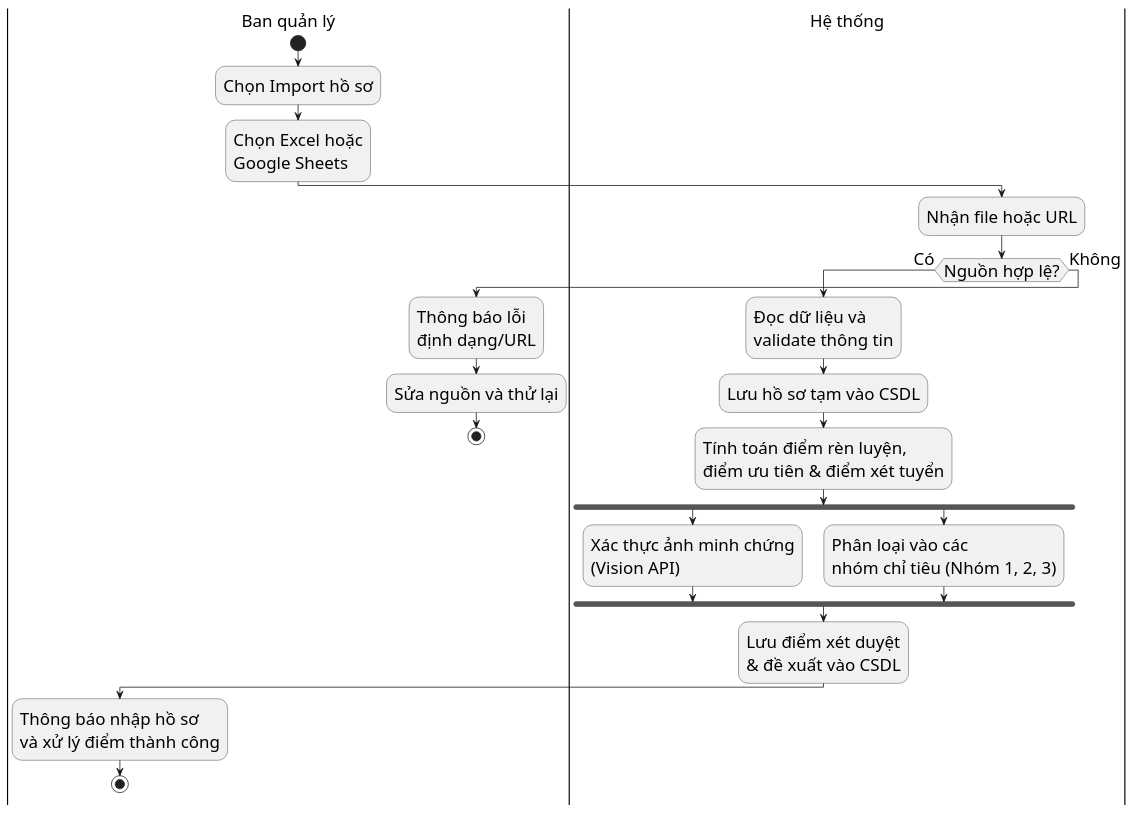
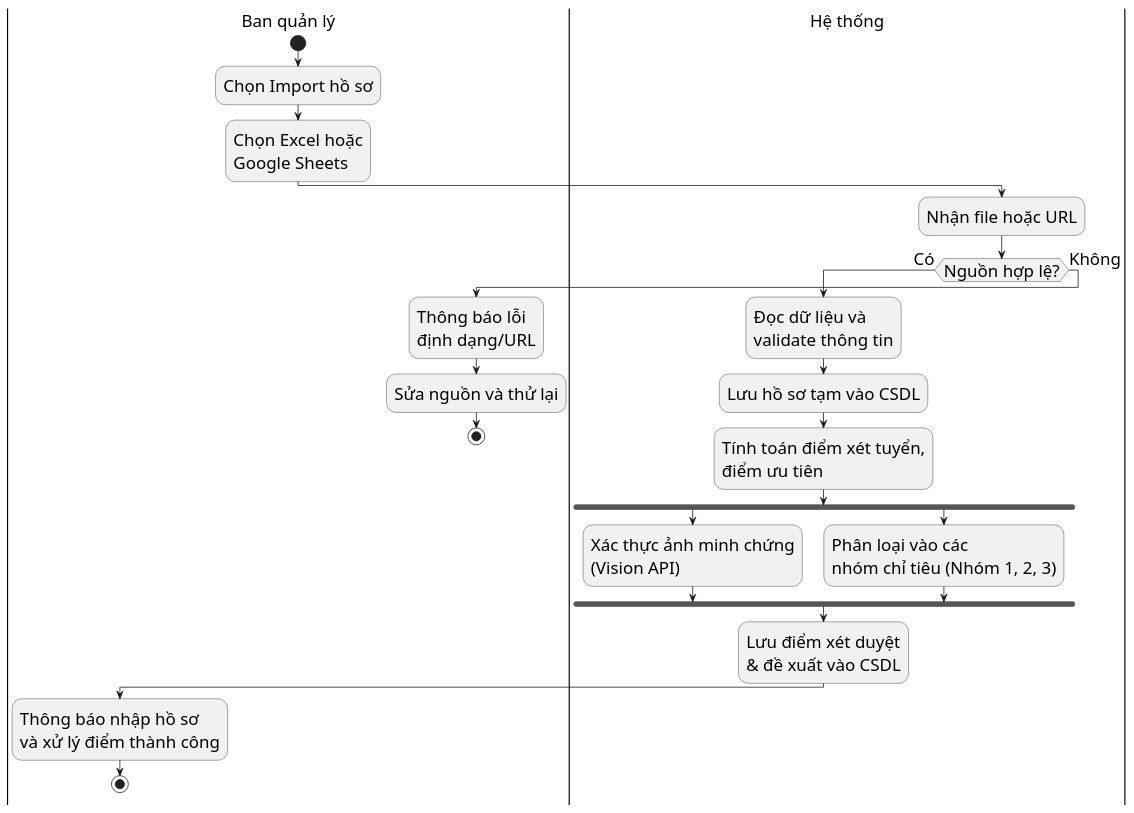
The diagram in diagrams/nhomhosodangky/registration_import_activity.puml (s0nbuildtech287/dormitory-frontend), drawn with PlantUML before and after one commit.

```diff
--- a/diagrams/nhomhosodangky/registration_import_activity.puml
+++ b/diagrams/nhomhosodangky/registration_import_activity.puml
@@ -1,29 +1,29 @@
 @startuml "Registration Import Activity"
 skinparam defaultFontSize 22
 skinparam defaultFontName "Times New Roman"
 |Ban quản lý|
 start
 :Chọn Import hồ sơ;
 :Chọn Excel hoặc\nGoogle Sheets;
 |Hệ thống|
 :Nhận file hoặc URL;
 if (Nguồn hợp lệ?) then (Có)
   :Đọc dữ liệu và\nvalidate thông tin;
   :Lưu hồ sơ tạm vào CSDL;
-  :Tính toán điểm rèn luyện,\nđiểm ưu tiên & điểm xét tuyển;
+  :Tính toán điểm xét tuyển,\nđiểm ưu tiên ;
   fork
     :Xác thực ảnh minh chứng\n(Vision API);
   fork again
     :Phân loại vào các\nnhóm chỉ tiêu (Nhóm 1, 2, 3);
   end fork
   :Lưu điểm xét duyệt\n& đề xuất vào CSDL;
   |Ban quản lý|
   :Thông báo nhập hồ sơ\nvà xử lý điểm thành công;
   stop
 else (Không)
   :Thông báo lỗi\nđịnh dạng/URL;
   |Ban quản lý|
   :Sửa nguồn và thử lại;
   stop
 endif
 @enduml
```
